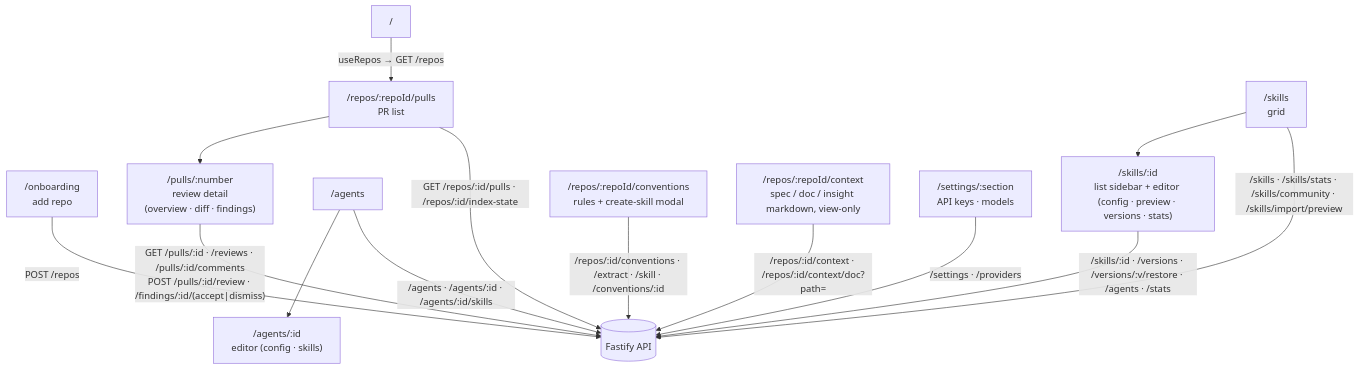
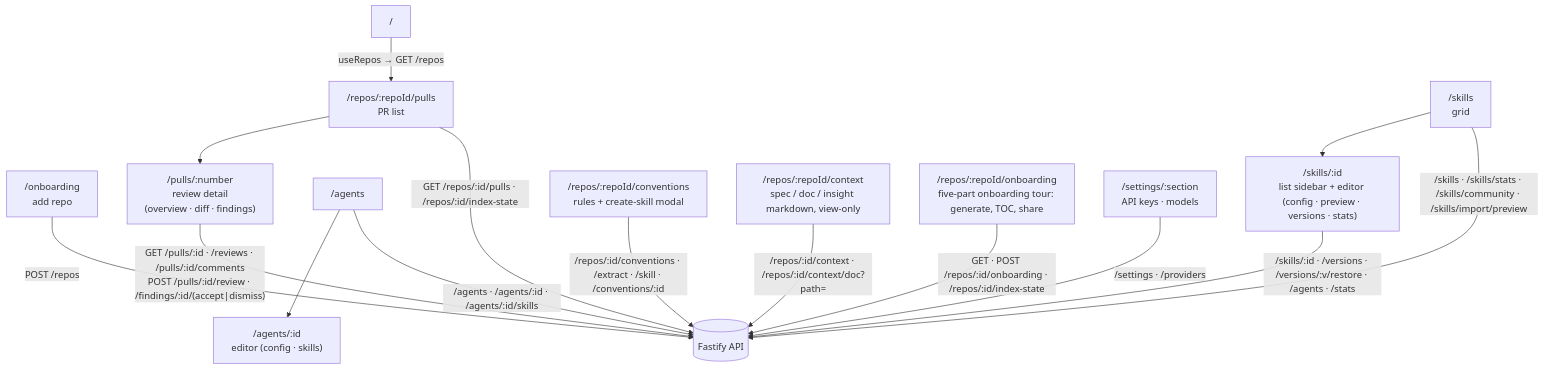
Before and after one commit to podop/dev-digest: the diagram in client/README.md, drawn with Mermaid. The commit also changed 92 other files, not shown here.

First line of the commit message:
Implement Onboarding Generator: 5-part repo tour per repo

````diff
--- a/client/README.md
+++ b/client/README.md
@@ -25,21 +25,23 @@
 ```mermaid
 flowchart TD
   ROOT["/"] -->|"useRepos → GET /repos"| PULLS["/repos/:repoId/pulls<br/>PR list"]
   ONB["/onboarding<br/>add repo"] -->|"POST /repos"| API[("Fastify API")]
   PULLS --> PR["/pulls/:number<br/>review detail<br/>(overview · diff · findings)"]
 
   AGENTS["/agents"] --> AGENT["/agents/:id<br/>editor (config · skills)"]
   SKILLS["/skills<br/>grid"] --> SKILL["/skills/:id<br/>list sidebar + editor (config · preview · versions · stats)"]
   CONV["/repos/:repoId/conventions<br/>rules + create-skill modal"]
   CTX["/repos/:repoId/context<br/>spec / doc / insight markdown, view-only"]
+  TOUR["/repos/:repoId/onboarding<br/>five-part onboarding tour: generate, TOC, share"]
   SETTINGS["/settings/:section<br/>API keys · models"]
 
   PULLS -->|"GET /repos/:id/pulls · /repos/:id/index-state"| API
   PR -->|"GET /pulls/:id · /reviews · /pulls/:id/comments<br/>POST /pulls/:id/review · /findings/:id/(accept|dismiss)"| API
   AGENTS -->|"/agents · /agents/:id · /agents/:id/skills"| API
   SKILLS -->|"/skills · /skills/stats · /skills/community · /skills/import/preview"| API
   SKILL -->|"/skills/:id · /versions · /versions/:v/restore · /agents · /stats"| API
   CONV -->|"/repos/:id/conventions · /extract · /skill · /conventions/:id"| API
   CTX -->|"/repos/:id/context · /repos/:id/context/doc?path="| API
+  TOUR -->|"GET · POST /repos/:id/onboarding · /repos/:id/index-state"| API
   SETTINGS -->|"/settings · /providers"| API
 ```
````
